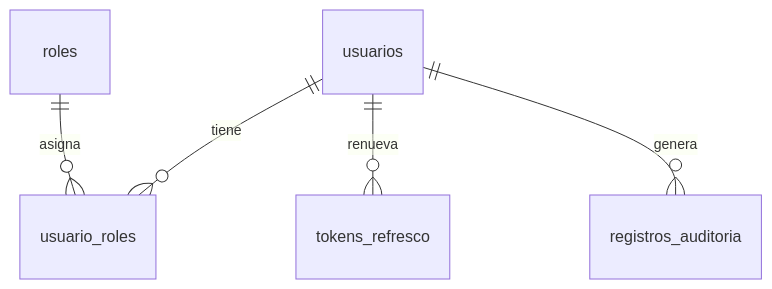
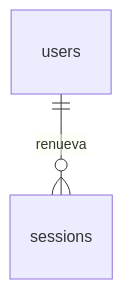
One commit to AgudeloAlexander623/PerfumesPAYDAY changed the second of 4 diagrams in README.md. Above: the diagram before and after it, drawn with Mermaid. The commit also changed other lines of this file and 32 other files, not shown here.

````diff
--- a/README.md
+++ b/README.md
@@ -287,7 +289,4 @@
 ```mermaid
 erDiagram
-    usuarios ||--o{ usuario_roles : tiene
-    roles ||--o{ usuario_roles : asigna
-    usuarios ||--o{ tokens_refresco : renueva
-    usuarios ||--o{ registros_auditoria : genera
+    users ||--o{ sessions : renueva
 ```
````
